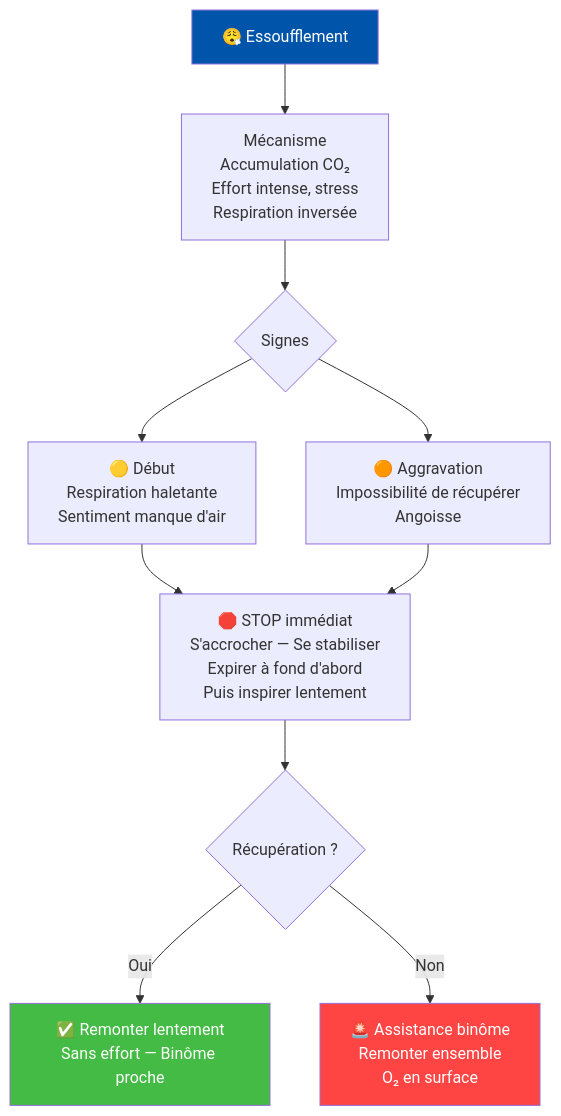
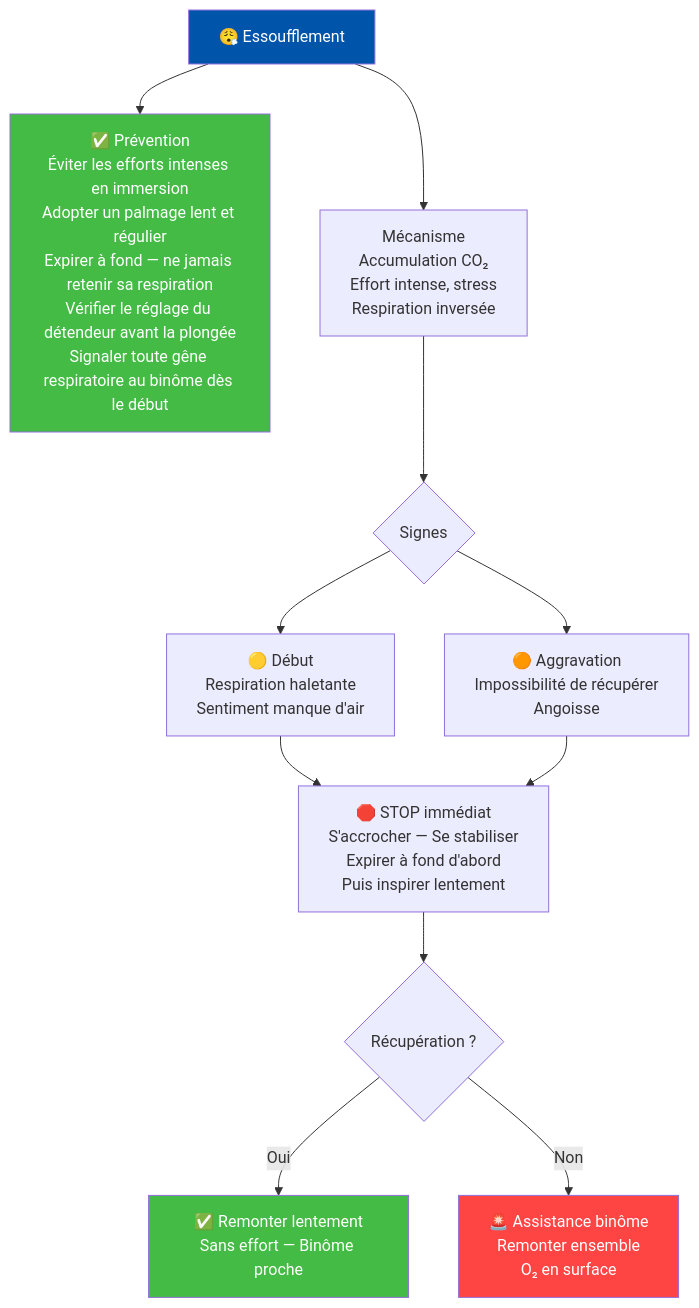
One commit to thomasGuibert/plongee changed the fourth of 6 diagrams in prepa-n2/N2_Physiologie_Risques.md. Above: the diagram before and after it, drawn with Mermaid. The commit also changed other lines of this file, not shown here.

````diff
--- a/prepa-n2/N2_Physiologie_Risques.md
+++ b/prepa-n2/N2_Physiologie_Risques.md
@@ -99,16 +109,20 @@
 ```mermaid
 flowchart TD
     ROOT["😮‍💨 Essoufflement"]
+
+    ROOT --> PREV["✅ Prévention<br>Éviter les efforts intenses en immersion<br>Adopter un palmage lent et régulier<br>Expirer à fond — ne jamais retenir sa respiration<br>Vérifier le réglage du détendeur avant la plongée<br>Signaler toute gêne respiratoire au binôme dès le début"]
+
     ROOT --> ESSO_M["Mécanisme<br>Accumulation CO₂<br>Effort intense, stress<br>Respiration inversée"]
     ESSO_M --> ESSO_S{Signes}
     ESSO_S --> ESSO_D["🟡 Début<br>Respiration haletante<br>Sentiment manque d'air"]
     ESSO_S --> ESSO_A["🟠 Aggravation<br>Impossibilité de récupérer<br>Angoisse"]
     ESSO_D & ESSO_A --> ESSO_CT["🛑 STOP immédiat<br>S'accrocher — Se stabiliser<br>Expirer à fond d'abord<br>Puis inspirer lentement"]
     ESSO_CT --> ESSO_Q{Récupération ?}
     ESSO_Q -->|Oui| ESSO_OK["✅ Remonter lentement<br>Sans effort — Binôme proche"]
     ESSO_Q -->|Non| ESSO_KO["🚨 Assistance binôme<br>Remonter ensemble<br>O₂ en surface"]
 
     style ROOT fill:#0055aa,color:#fff
+    style PREV fill:#44bb44,color:#fff
     style ESSO_OK fill:#44bb44,color:#fff
     style ESSO_KO fill:#ff4444,color:#fff
 ```
````
